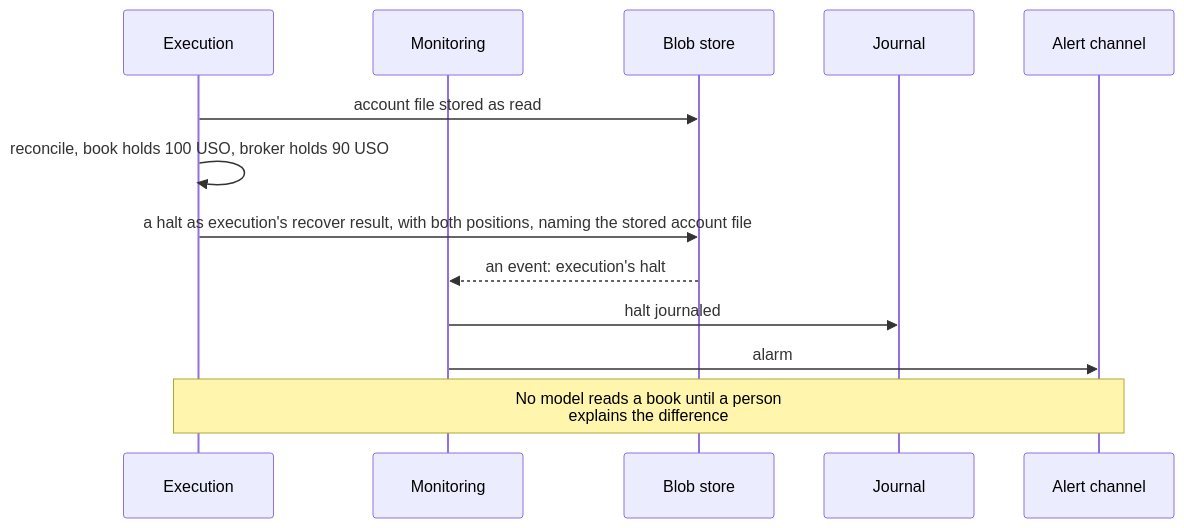
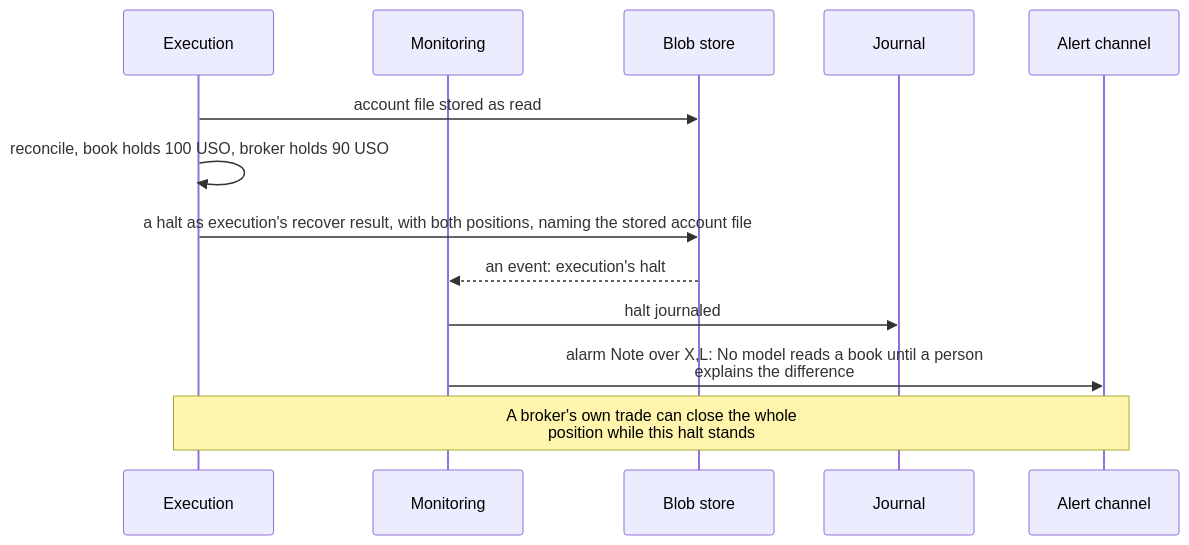
One commit to l3a0/ithildin-runtime changed diagram 24 of 34 in docs/architecture.md. Above: the diagram before and after it, drawn with Mermaid. The commit also changed other lines of this file and 3 other files, not shown here.

````diff
--- a/docs/architecture.md
+++ b/docs/architecture.md
@@ -1345,16 +1346,16 @@
 ```mermaid
 sequenceDiagram
     participant X as Execution
     participant M as Monitoring
     participant F as Blob store
     participant J as Journal
     participant L as Alert channel
 
     X->>F: account file stored as read
     X->>X: reconcile, book holds 100 USO, broker holds 90 USO
     X->>F: a halt as execution's recover result, with both positions, naming the stored account file
     F-->>M: an event: execution's halt
     M->>J: halt journaled
-    M->>L: alarm
-    Note over X,L: No model reads a book until a person<br/>explains the difference
+    M->>L: alarm    Note over X,L: No model reads a book until a person<br/>explains the difference
+    Note over X,L: A broker's own trade can close the whole<br/>position while this halt stands
 ```
````
